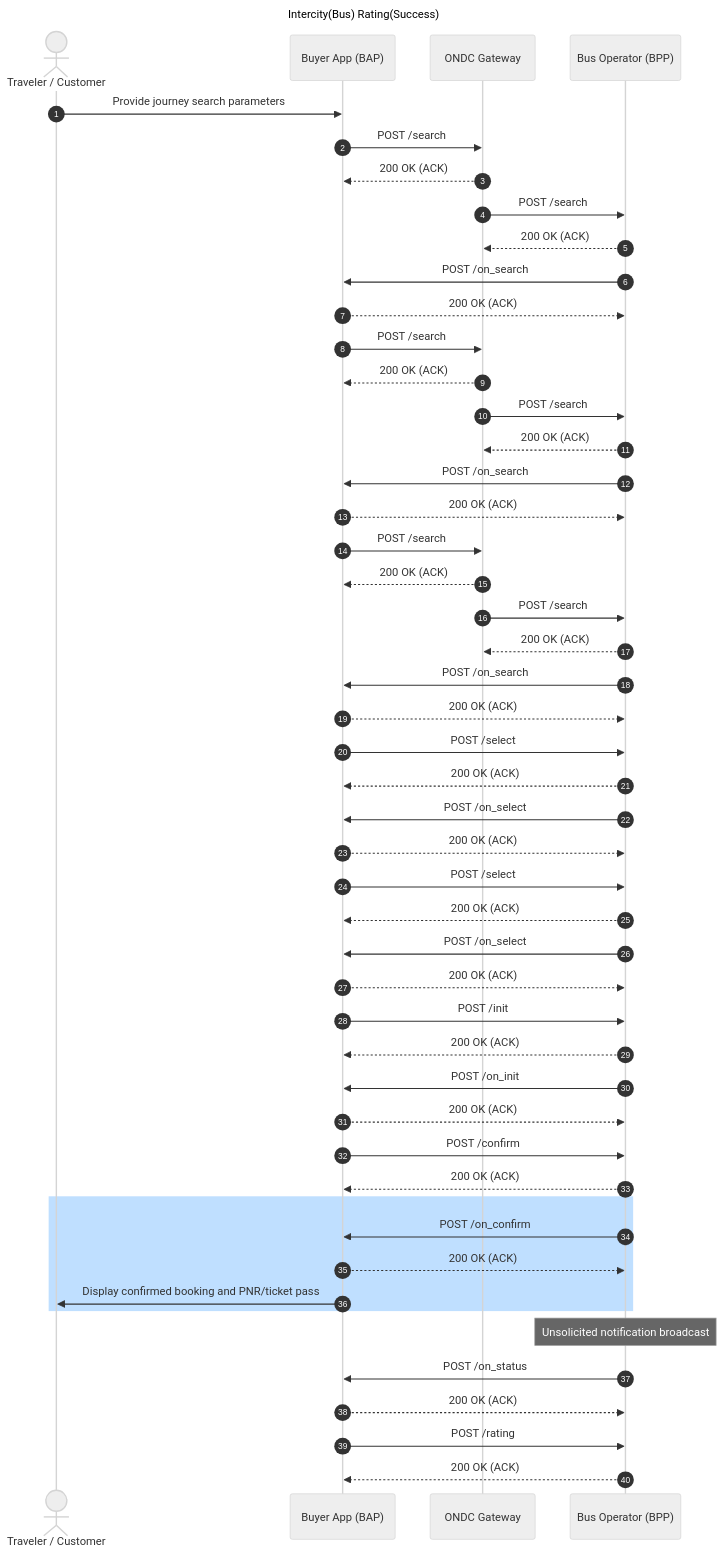
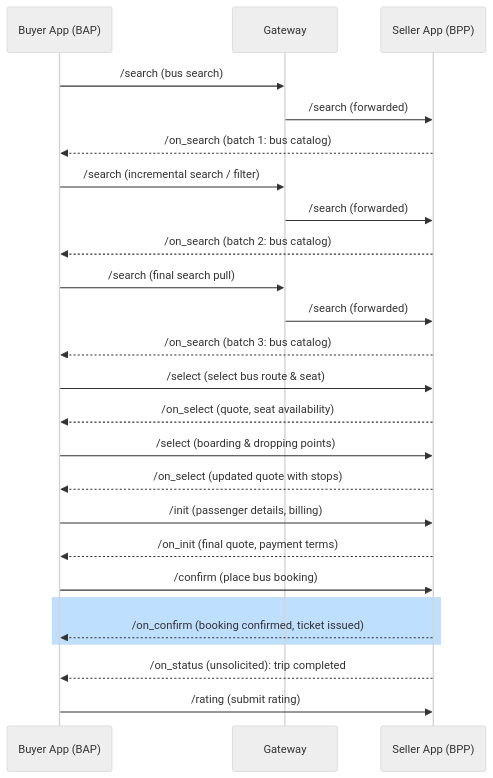
One commit to ONDC-Official/automation-specifications changed diagram 14 of 16 in config/docs/intercity-bus-rating-success-sequence-diagrams.md. Above: the diagram before and after it, drawn with Mermaid (neutral theme). The commit also changed other lines of this file and 23 other files, not shown here.

````diff
--- a/config/docs/intercity-bus-rating-success-sequence-diagrams.md
+++ b/config/docs/intercity-bus-rating-success-sequence-diagrams.md
@@ -741,53 +402,27 @@
 ```mermaid
 sequenceDiagram
-    title Intercity(Bus) Rating(Success)
-    autonumber
-    actor User as Traveler / Customer
-    participant BAP as Buyer App (BAP)
-    participant BG as ONDC Gateway
-    participant BPP as Bus Operator (BPP)
-
-    User->>BAP: Provide journey search parameters
-    BAP->>BG: POST /search
-    BG-->>BAP: 200 OK (ACK)
-    BG->>BPP: POST /search
-    BPP-->>BG: 200 OK (ACK)
-    BPP->>BAP: POST /on_search
-    BAP-->>BPP: 200 OK (ACK)
-    BAP->>BG: POST /search
-    BG-->>BAP: 200 OK (ACK)
-    BG->>BPP: POST /search
-    BPP-->>BG: 200 OK (ACK)
-    BPP->>BAP: POST /on_search
-    BAP-->>BPP: 200 OK (ACK)
-    BAP->>BG: POST /search
-    BG-->>BAP: 200 OK (ACK)
-    BG->>BPP: POST /search
-    BPP-->>BG: 200 OK (ACK)
-    BPP->>BAP: POST /on_search
-    BAP-->>BPP: 200 OK (ACK)
-    BAP->>BPP: POST /select
-    BPP-->>BAP: 200 OK (ACK)
-    BPP->>BAP: POST /on_select
-    BAP-->>BPP: 200 OK (ACK)
-    BAP->>BPP: POST /select
-    BPP-->>BAP: 200 OK (ACK)
-    BPP->>BAP: POST /on_select
-    BAP-->>BPP: 200 OK (ACK)
-    BAP->>BPP: POST /init
-    BPP-->>BAP: 200 OK (ACK)
-    BPP->>BAP: POST /on_init
-    BAP-->>BPP: 200 OK (ACK)
-    BAP->>BPP: POST /confirm
-    BPP-->>BAP: 200 OK (ACK)
-    rect rgb(191, 223, 255)
-    BPP->>BAP: POST /on_confirm
-    BAP-->>BPP: 200 OK (ACK)
-    BAP->>User: Display confirmed booking and PNR/ticket pass
-    end
-    Note over BPP: Unsolicited notification broadcast
-    BPP->>BAP: POST /on_status
-    BAP-->>BPP: 200 OK (ACK)
-    BAP->>BPP: POST /rating
-    BPP-->>BAP: 200 OK (ACK)
+  participant Buyer App (BAP)
+  participant Gateway
+  participant Seller App (BPP)
+  Buyer App (BAP)->>Gateway: /search (bus search)
+  Gateway->>Seller App (BPP): /search (forwarded)
+  Seller App (BPP)-->>Buyer App (BAP): /on_search (batch 1: bus catalog)
+  Buyer App (BAP)->>Gateway: /search (incremental search / filter)
+  Gateway->>Seller App (BPP): /search (forwarded)
+  Seller App (BPP)-->>Buyer App (BAP): /on_search (batch 2: bus catalog)
+  Buyer App (BAP)->>Gateway: /search (final search pull)
+  Gateway->>Seller App (BPP): /search (forwarded)
+  Seller App (BPP)-->>Buyer App (BAP): /on_search (batch 3: bus catalog)
+  Buyer App (BAP)->>Seller App (BPP): /select (select bus route & seat)
+  Seller App (BPP)-->>Buyer App (BAP): /on_select (quote, seat availability)
+  Buyer App (BAP)->>Seller App (BPP): /select (boarding & dropping points)
+  Seller App (BPP)-->>Buyer App (BAP): /on_select (updated quote with stops)
+  Buyer App (BAP)->>Seller App (BPP): /init (passenger details, billing)
+  Seller App (BPP)-->>Buyer App (BAP): /on_init (final quote, payment terms)
+  Buyer App (BAP)->>Seller App (BPP): /confirm (place bus booking)
+  rect rgb(191, 223, 255)
+  Seller App (BPP)-->>Buyer App (BAP): /on_confirm (booking confirmed, ticket issued)
+  end
+  Seller App (BPP)-->>Buyer App (BAP): /on_status (unsolicited): trip completed
+  Buyer App (BAP)->>Seller App (BPP): /rating (submit rating)
 ```
````
